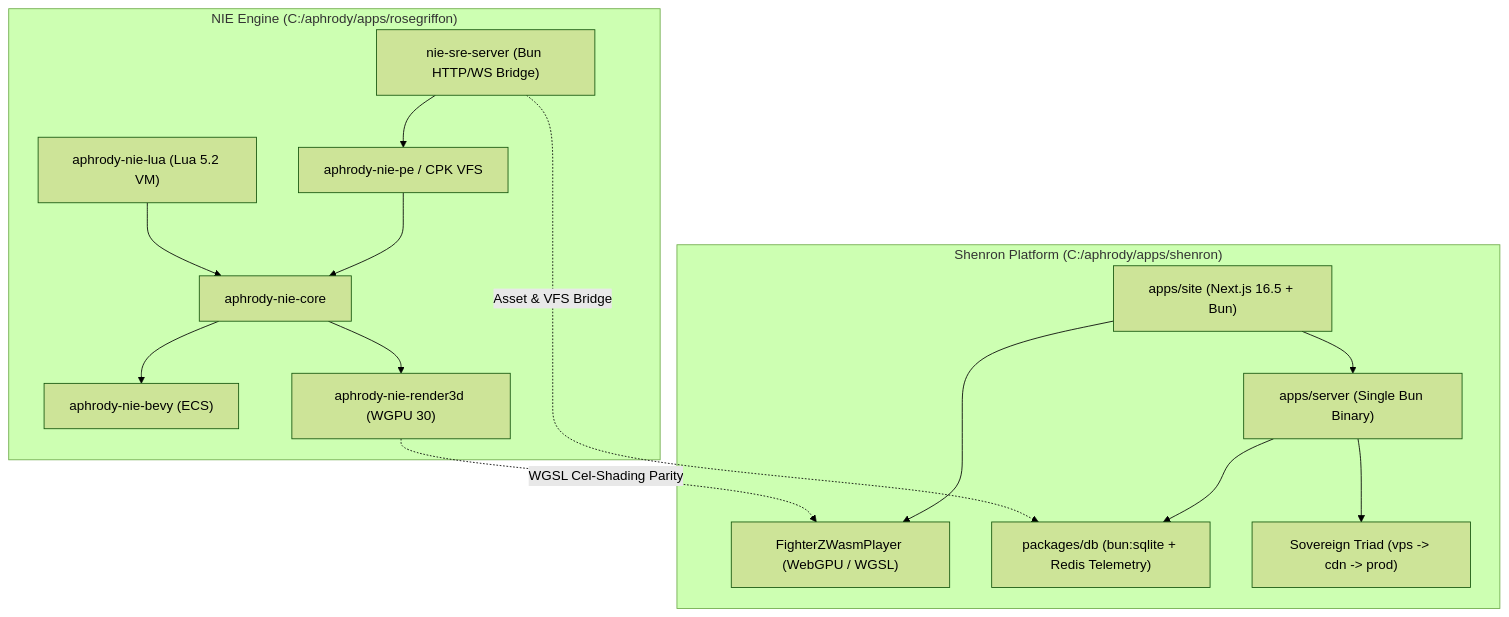
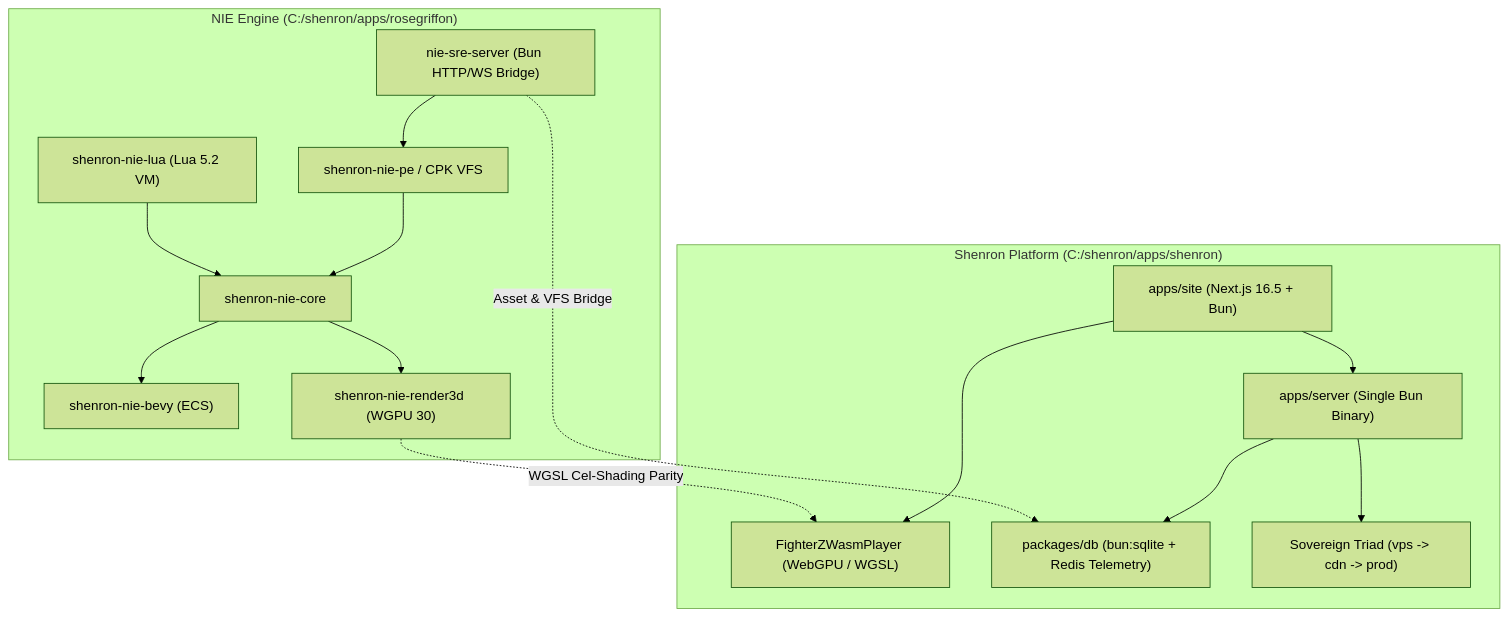
One commit to aphrody-labs/shenron changed the diagram in docs/architecture/nie-vs-shenron-game-runtime.md. Above: the diagram before and after it, drawn with Mermaid (forest theme). The commit also changed other lines of this file and 504 other files, not shown here.

Commit message:
rename: aphrody modules, files, protocol names and docs become shenron (ocr result v2, shenron-mcp, env), dead aphrody pin scripts removed

````diff
--- a/docs/architecture/nie-vs-shenron-game-runtime.md
+++ b/docs/architecture/nie-vs-shenron-game-runtime.md
@@ -26,33 +26,33 @@
 ```mermaid
 flowchart TD
-    subgraph NIE_Architecture["NIE Engine (C:/aphrody/apps/rosegriffon)"]
-        CORE["aphrody-nie-core"]
-        BEVY["aphrody-nie-bevy (ECS)"]
-        RENDER["aphrody-nie-render3d (WGPU 30)"]
-        VFS["aphrody-nie-pe / CPK VFS"]
-        LUA["aphrody-nie-lua (Lua 5.2 VM)"]
+    subgraph NIE_Architecture["NIE Engine (C:/shenron/apps/rosegriffon)"]
+        CORE["shenron-nie-core"]
+        BEVY["shenron-nie-bevy (ECS)"]
+        RENDER["shenron-nie-render3d (WGPU 30)"]
+        VFS["shenron-nie-pe / CPK VFS"]
+        LUA["shenron-nie-lua (Lua 5.2 VM)"]
         SRE["nie-sre-server (Bun HTTP/WS Bridge)"]
 
         CORE --> BEVY
         CORE --> RENDER
         VFS --> CORE
         LUA --> CORE
         SRE --> VFS
     end
 
-    subgraph Shenron_Architecture["Shenron Platform (C:/aphrody/apps/shenron)"]
+    subgraph Shenron_Architecture["Shenron Platform (C:/shenron/apps/shenron)"]
         SITE["apps/site (Next.js 16.5 + Bun)"]
         SERVER["apps/server (Single Bun Binary)"]
         WGPU_PLAYER["FighterZWasmPlayer (WebGPU / WGSL)"]
         DB_RE["packages/db (bun:sqlite + Redis Telemetry)"]
         TRIAD["Sovereign Triad (vps -> cdn -> prod)"]
 
         SITE --> SERVER
         SITE --> WGPU_PLAYER
         SERVER --> DB_RE
         SERVER --> TRIAD
     end
 
     SRE -.->|"Asset & VFS Bridge"| DB_RE
     RENDER -.->|"WGSL Cel-Shading Parity"| WGPU_PLAYER
 ```
````
